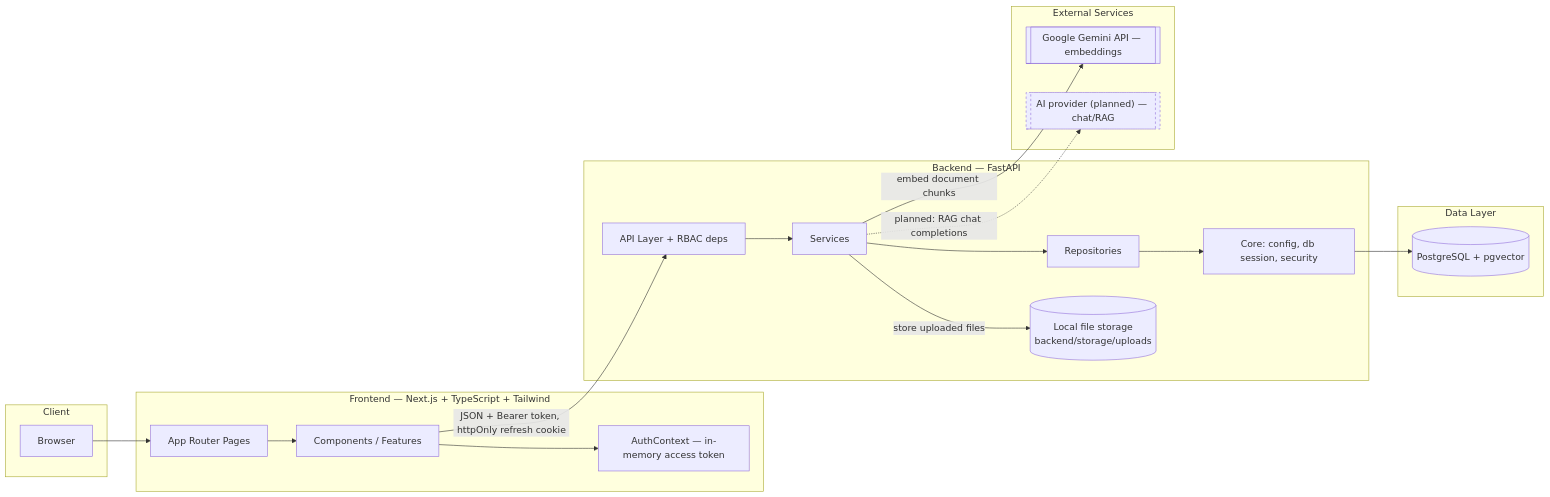
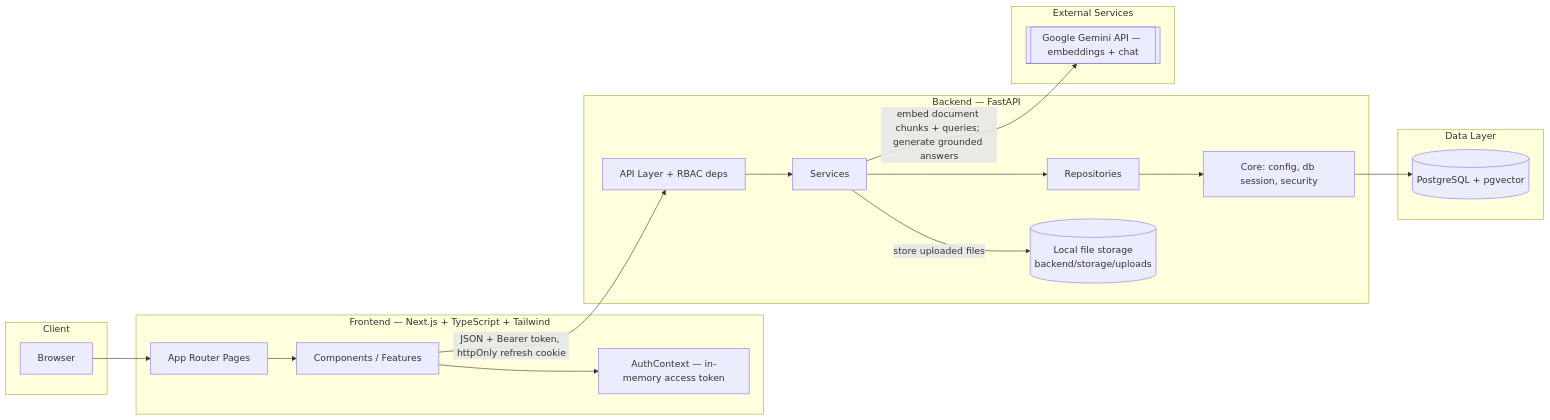
Before and after one commit to Harshvish07/AI-Powered-IT-Knowledge-Digital-Support-Platform: the first of 4 diagrams in docs/architecture.md, drawn with Mermaid. The commit also changed other lines of this file and 59 other files, not shown here.

````diff
--- a/docs/architecture.md
+++ b/docs/architecture.md
@@ -14,39 +14,34 @@
 ```mermaid
 flowchart LR
     subgraph Client
         Browser[Browser]
     end
 
     subgraph Frontend["Frontend — Next.js + TypeScript + Tailwind"]
         Pages[App Router Pages]
         Components[Components / Features]
         AuthCtx[AuthContext — in-memory access token]
     end
 
     subgraph Backend["Backend — FastAPI"]
         API[API Layer + RBAC deps]
         Services[Services]
         Repositories[Repositories]
         Core[Core: config, db session, security]
         Storage[(Local file storage\nbackend/storage/uploads)]
     end
 
     subgraph Data["Data Layer"]
         Postgres[(PostgreSQL + pgvector)]
     end
 
     subgraph External["External Services"]
-        Gemini[[Google Gemini API — embeddings]]
-        AIProvider[["AI provider (planned) — chat/RAG"]]
+        Gemini[[Google Gemini API — embeddings + chat]]
     end
 
     Browser --> Pages --> Components --> AuthCtx
     Components -- "JSON + Bearer token, httpOnly refresh cookie" --> API
     API --> Services --> Repositories --> Core --> Postgres
     Services -- "store uploaded files" --> Storage
-    Services -- "embed document chunks" --> Gemini
-    Services -. "planned: RAG chat completions" .-> AIProvider
-
-    classDef planned stroke-dasharray: 4 4;
-    class AIProvider planned;
+    Services -- "embed document chunks + queries; generate grounded answers" --> Gemini
 ```
````
